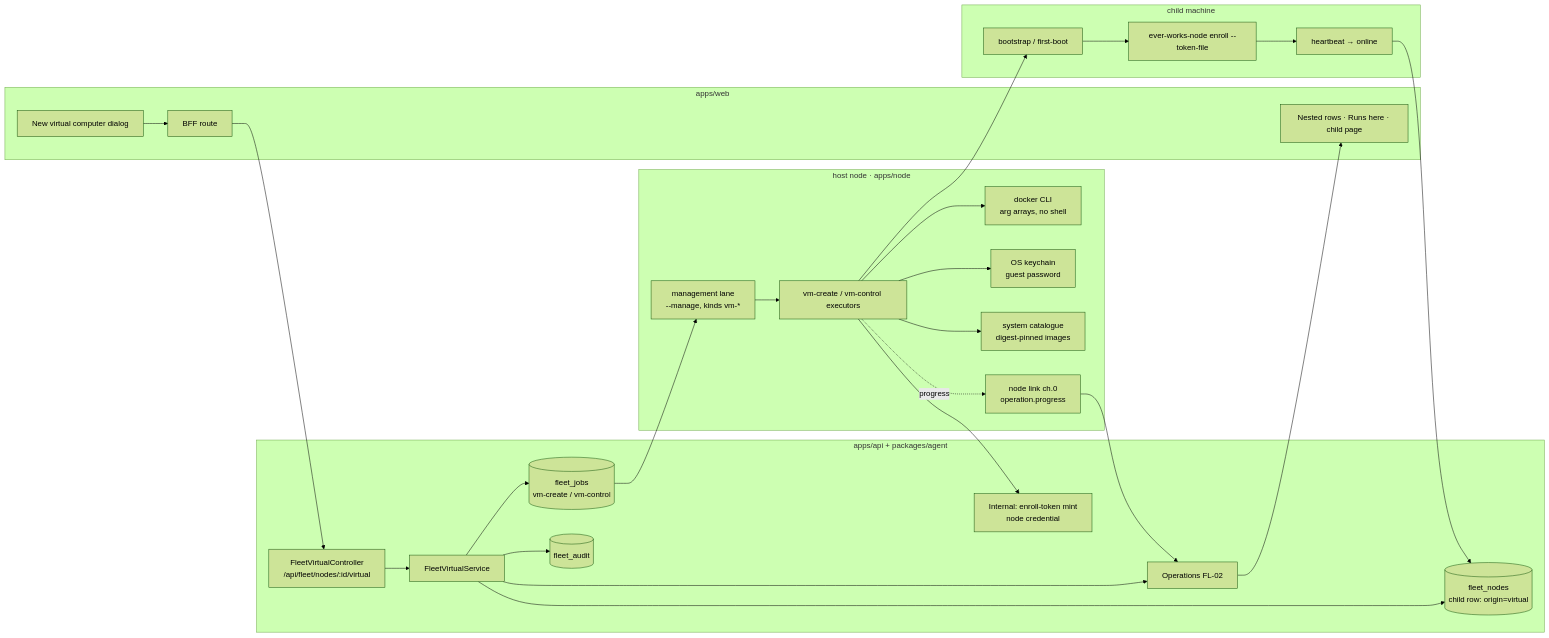
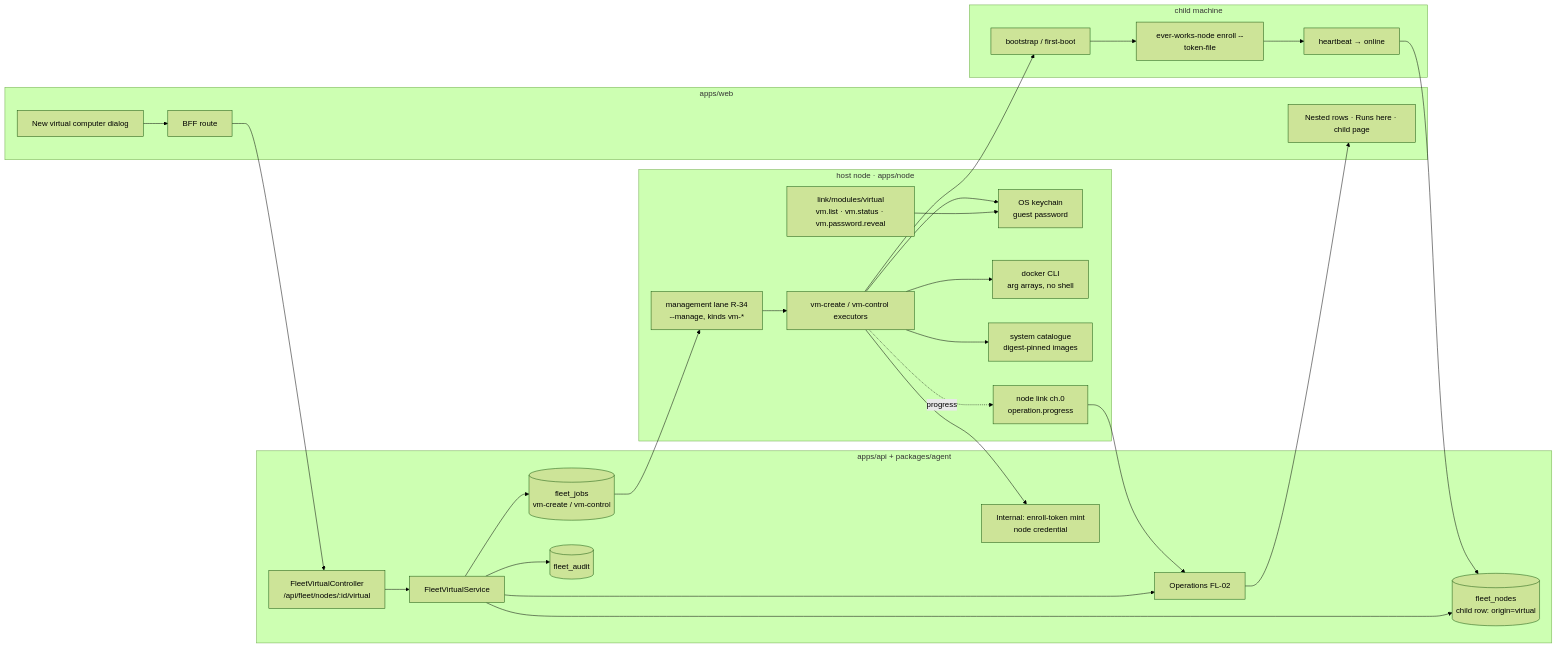
One commit to HotOpenSourcing/ever-works changed the diagram in docs/specs/features/fleet/FL-16-virtual-computers/plan.md. Above: the diagram before and after it, drawn with Mermaid (forest theme). The commit also changed other lines of this file and 20 other files, not shown here.

````diff
--- a/docs/specs/features/fleet/FL-16-virtual-computers/plan.md
+++ b/docs/specs/features/fleet/FL-16-virtual-computers/plan.md
@@ -16,33 +16,34 @@
 ```mermaid
 flowchart LR
     subgraph web [apps/web]
         D[New virtual computer dialog] --> BFF[BFF route]
         R[Nested rows · Runs here · child page]
     end
     subgraph api [apps/api + packages/agent]
         C[FleetVirtualController<br/>/api/fleet/nodes/:id/virtual] --> S[FleetVirtualService]
         S --> N[(fleet_nodes<br/>child row: origin=virtual)]
         S --> J[(fleet_jobs<br/>vm-create / vm-control)]
         S --> OP[Operations FL-02]
         S --> AU[(fleet_audit)]
         TOK[Internal: enroll-token mint<br/>node credential]
     end
     subgraph host [host node · apps/node]
-        ML[management lane<br/>--manage, kinds vm-*] --> EX[vm-create / vm-control executors]
+        ML[management lane R-34<br/>--manage, kinds vm-*] --> EX[vm-create / vm-control executors]
+        LM[link/modules/virtual<br/>vm.list · vm.status · vm.password.reveal] --> KC
         EX --> DK[docker CLI<br/>arg arrays, no shell]
         EX --> KC[OS keychain<br/>guest password]
         EX --> CAT[system catalogue<br/>digest-pinned images]
         EX -. progress .-> LINK[node link ch.0<br/>operation.progress]
     end
     subgraph child [child machine]
         G[bootstrap / first-boot] --> ENR[ever-works-node enroll --token-file]
         ENR --> HB[heartbeat → online]
     end
     BFF --> C
     J --> ML
     EX --> G
     EX --> TOK
     LINK --> OP
     OP --> R
     HB --> N
 ```
````
